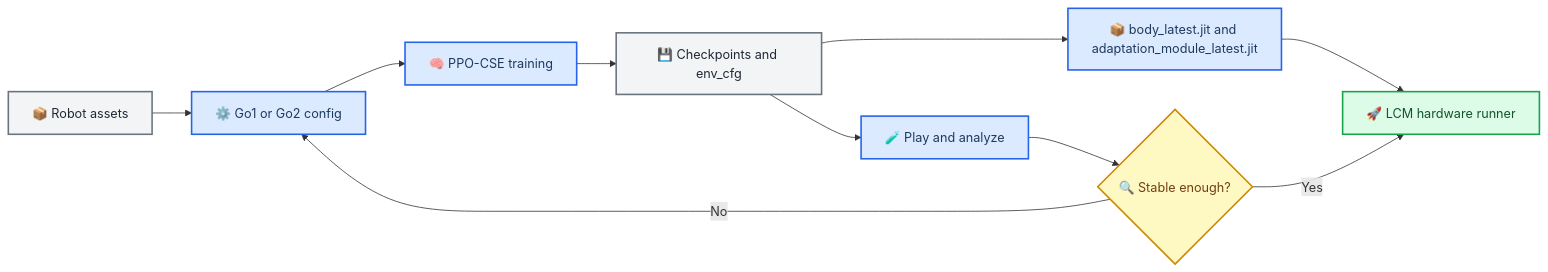
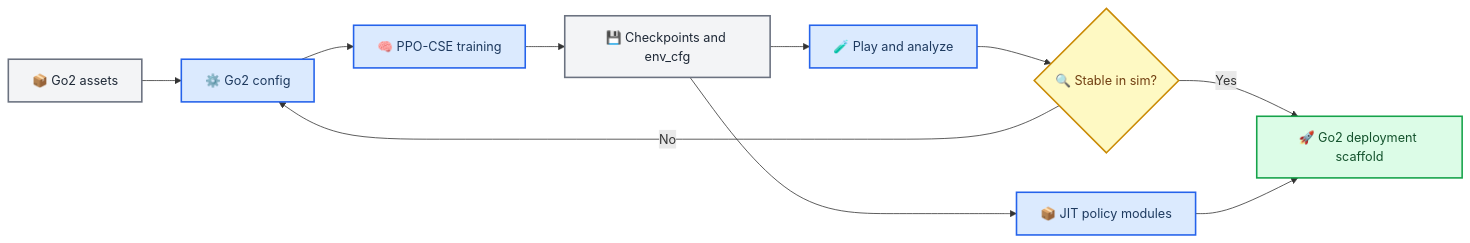
One commit to sjtumrgx/AER changed the diagram in README.md. Above: the diagram before and after it, drawn with Mermaid. The commit also changed other lines of this file and 128 other files, not shown here.

````diff
--- a/README.md
+++ b/README.md
@@ -47,25 +38,25 @@
 ```mermaid
 flowchart LR
-    accTitle: Training To Deployment Flow
-    accDescr: The repository flow starts with robot assets and configs, trains PPO-CSE policies in Isaac Gym, evaluates them with play scripts, then exports JIT modules for hardware deployment.
+    accTitle: Go2 Training To Deployment Flow
+    accDescr: Go2 assets and configs feed Isaac Gym PPO-CSE training, then play scripts evaluate checkpoints before optional hardware deployment.
 
-    assets[📦 Robot assets] --> cfg[⚙️ Go1 or Go2 config]
+    assets[📦 Go2 assets] --> cfg[⚙️ Go2 config]
     cfg --> train[🧠 PPO-CSE training]
     train --> ckpt[💾 Checkpoints and env_cfg]
     ckpt --> play[🧪 Play and analyze]
-    ckpt --> jit[📦 body_latest.jit and adaptation_module_latest.jit]
-    jit --> deploy[🚀 LCM hardware runner]
-    play --> revise{🔍 Stable enough?}
-    revise -->|No| cfg
-    revise -->|Yes| deploy
+    ckpt --> jit[📦 JIT policy modules]
+    play --> gate{🔍 Stable in sim?}
+    gate -->|No| cfg
+    gate -->|Yes| deploy[🚀 Go2 deployment scaffold]
+    jit --> deploy
 
     classDef process fill:#dbeafe,stroke:#2563eb,stroke-width:2px,color:#1e3a5f
     classDef artifact fill:#f3f4f6,stroke:#6b7280,stroke-width:2px,color:#1f2937
     classDef decision fill:#fef9c3,stroke:#ca8a04,stroke-width:2px,color:#713f12
     classDef success fill:#dcfce7,stroke:#16a34a,stroke-width:2px,color:#14532d
 
     class cfg,train,play,jit process
     class assets,ckpt artifact
-    class revise decision
+    class gate decision
     class deploy success
 ```
````
